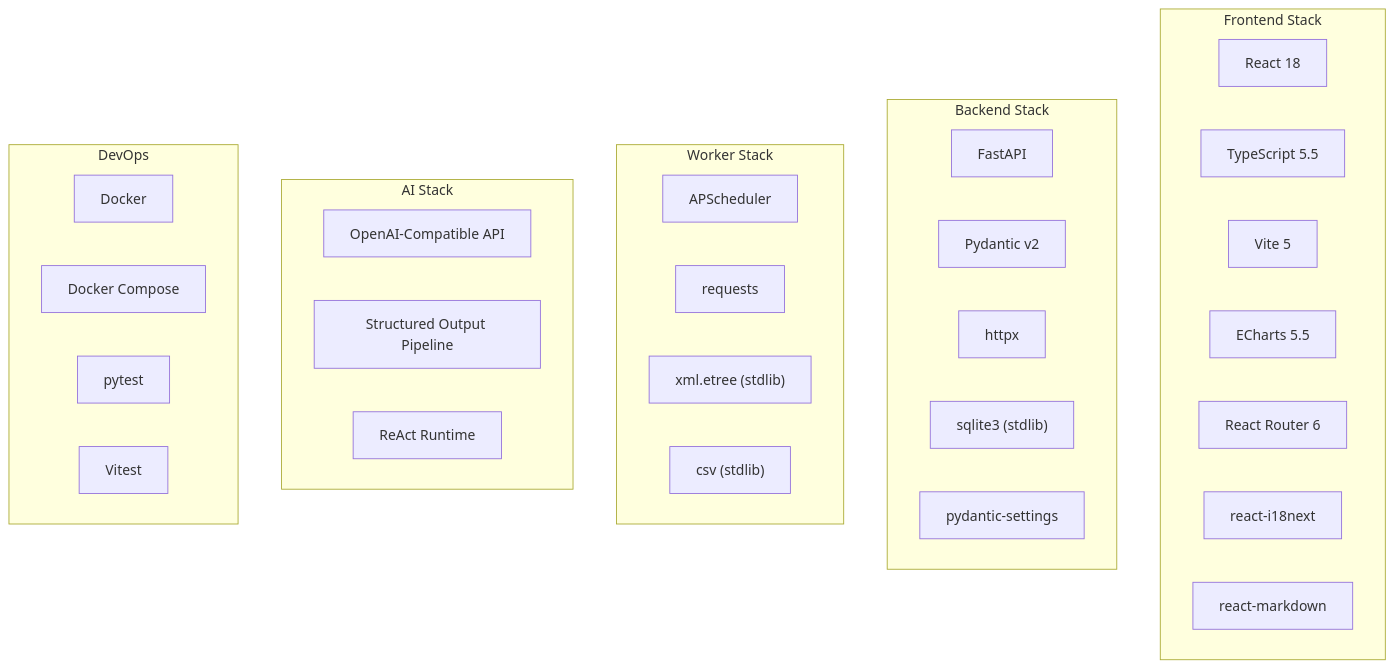
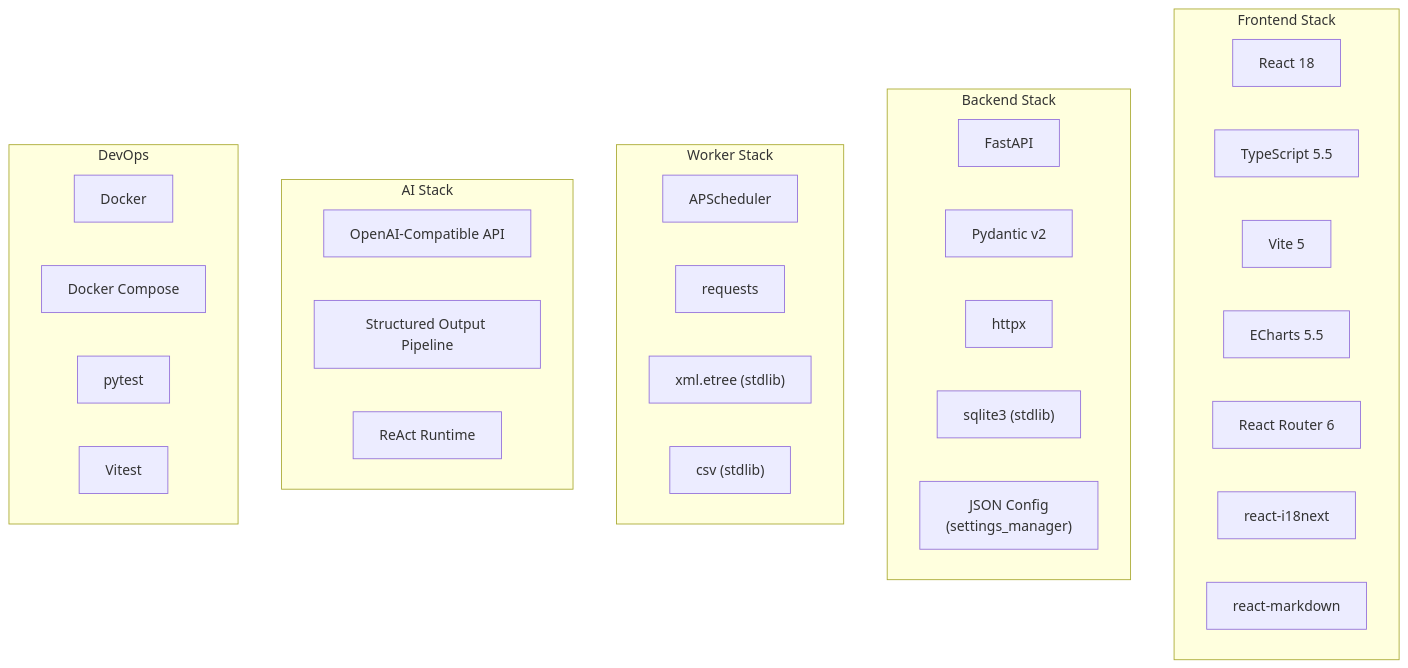
Before and after one commit to XUranus/ibkr-dash: the first of 5 diagrams in docs/docs/architecture/tech-stack.md, drawn with Mermaid. The commit also changed other lines of this file and 152 other files, not shown here.

First line of the commit message:
chore: remove .env system, migrate docs to JSON config

````diff
--- a/docs/docs/architecture/tech-stack.md
+++ b/docs/docs/architecture/tech-stack.md
@@ -14,40 +14,40 @@
 ```mermaid
 graph TB
     subgraph Frontend ["Frontend Stack"]
         React["React 18"]
         TS["TypeScript 5.5"]
         Vite["Vite 5"]
         ECharts["ECharts 5.5"]
         ReactRouter["React Router 6"]
         ReactI18Next["react-i18next"]
         ReactMarkdown["react-markdown"]
     end
 
     subgraph Backend ["Backend Stack"]
         FastAPI["FastAPI"]
         Pydantic["Pydantic v2"]
         Httpx["httpx"]
         SQLite["sqlite3 (stdlib)"]
-        PydanticSettings["pydantic-settings"]
+        JSONConfig["JSON Config<br/>(settings_manager)"]
     end
 
     subgraph Worker ["Worker Stack"]
         APScheduler["APScheduler"]
         Requests["requests"]
         XMLParser["xml.etree (stdlib)"]
         CSVParser["csv (stdlib)"]
     end
 
     subgraph AI ["AI Stack"]
         OpenAICompat["OpenAI-Compatible API"]
         StructuredOutput["Structured Output Pipeline"]
         ReAct["ReAct Runtime"]
     end
 
     subgraph DevOps ["DevOps"]
         Docker["Docker"]
         DockerCompose["Docker Compose"]
         Pytest["pytest"]
         Vitest["Vitest"]
     end
 ```
````
